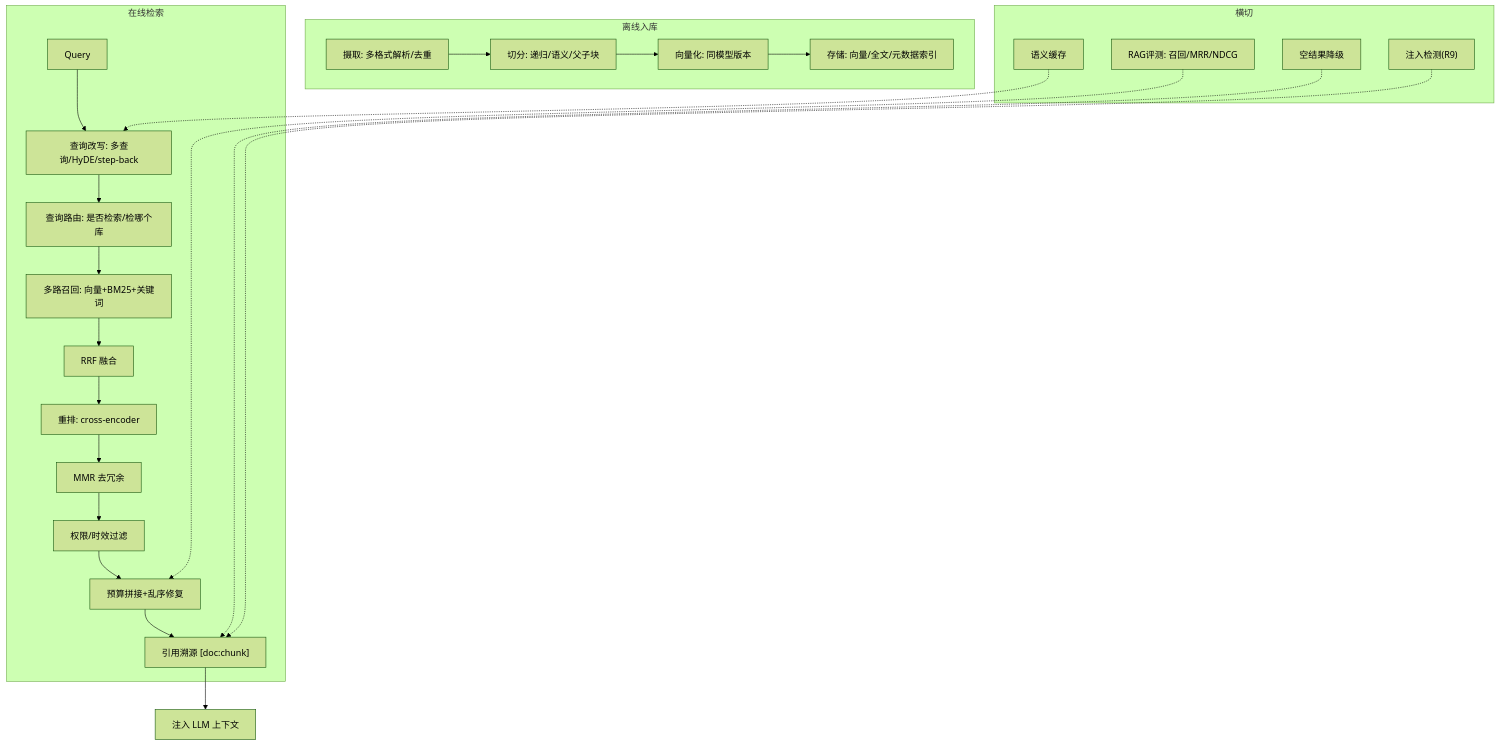
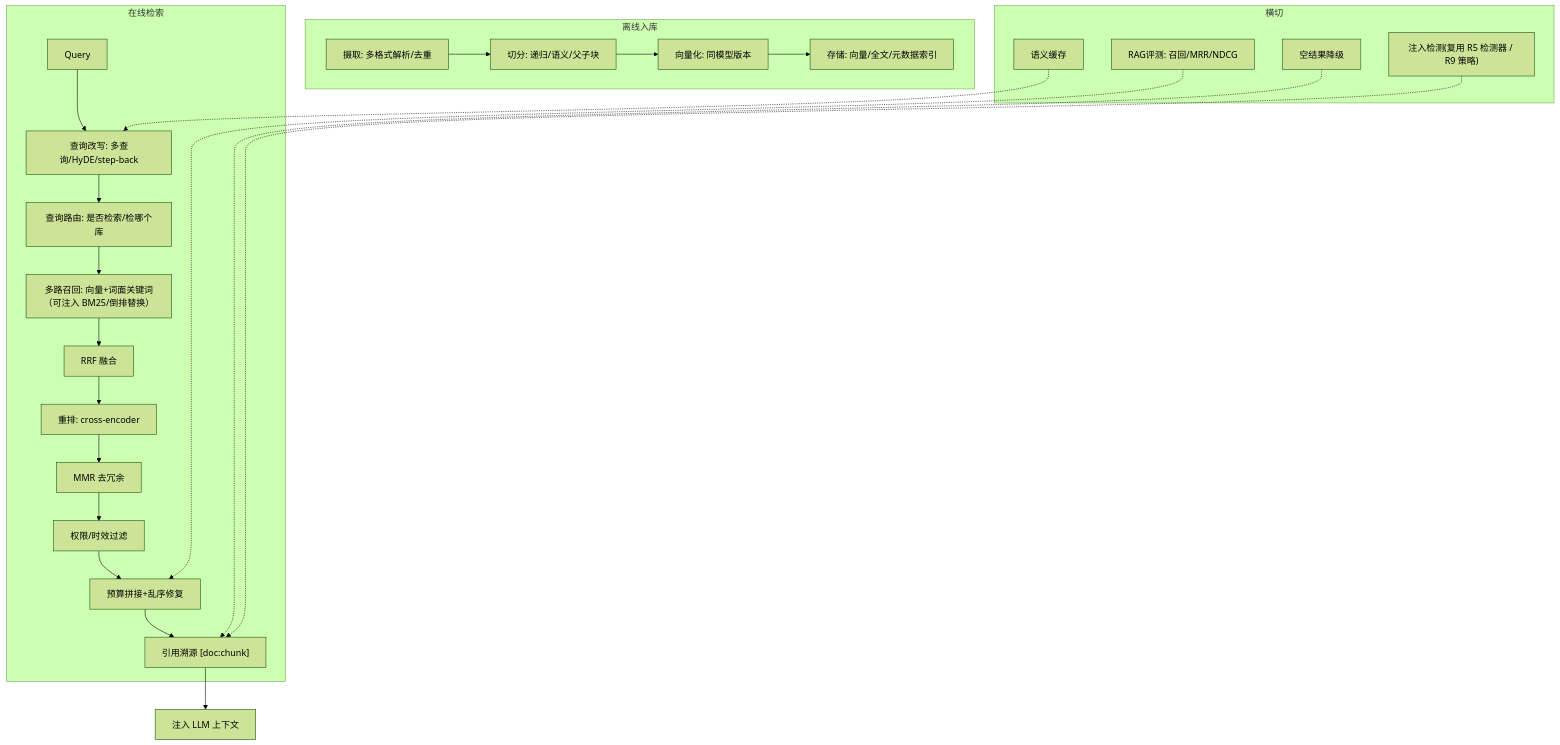
Before and after one commit to sao-lang/lll: the diagram in docs/02-模块详设/Agent/R6-RAG检索增强.md, drawn with Mermaid (forest theme). The commit also changed other lines of this file and 32 other files, not shown here.

First line of the commit message:
fix(all): R1-R7 设计审查修复与链路图全量校准

````diff
--- a/docs/02-模块详设/Agent/R6-RAG检索增强.md
+++ b/docs/02-模块详设/Agent/R6-RAG检索增强.md
@@ -26,22 +26,22 @@
 ```mermaid
 flowchart TD
     subgraph 离线入库
         I1["摄取: 多格式解析/去重"] --> I2["切分: 递归/语义/父子块"]
         I2 --> I3["向量化: 同模型版本"] --> I4["存储: 向量/全文/元数据索引"]
     end
     subgraph 在线检索
         Q["Query"] --> RW["查询改写: 多查询/HyDE/step-back"]
         RW --> QR["查询路由: 是否检索/检哪个库"]
-        QR --> RC["多路召回: 向量+BM25+关键词"] --> RF["RRF 融合"]
+        QR --> RC["多路召回: 向量+词面关键词（可注入 BM25/倒排替换）"] --> RF["RRF 融合"]
         RF --> RR["重排: cross-encoder"] --> MM["MMR 去冗余"]
         MM --> FL["权限/时效过滤"] --> AS["预算拼接+乱序修复"]
         AS --> CT["引用溯源 [doc:chunk]"]
     end
     subgraph 横切
         CA["语义缓存"] -.-> RW
         FB["空结果降级"] -.-> CT
-        INJ["注入检测(R9)"] -.-> CT
+        INJ["注入检测(复用 R5 检测器 / R9 策略)"] -.-> CT
         EV["RAG评测: 召回/MRR/NDCG"] -.-> AS
     end
     CT --> OUT["注入 LLM 上下文"]
 ```
````
